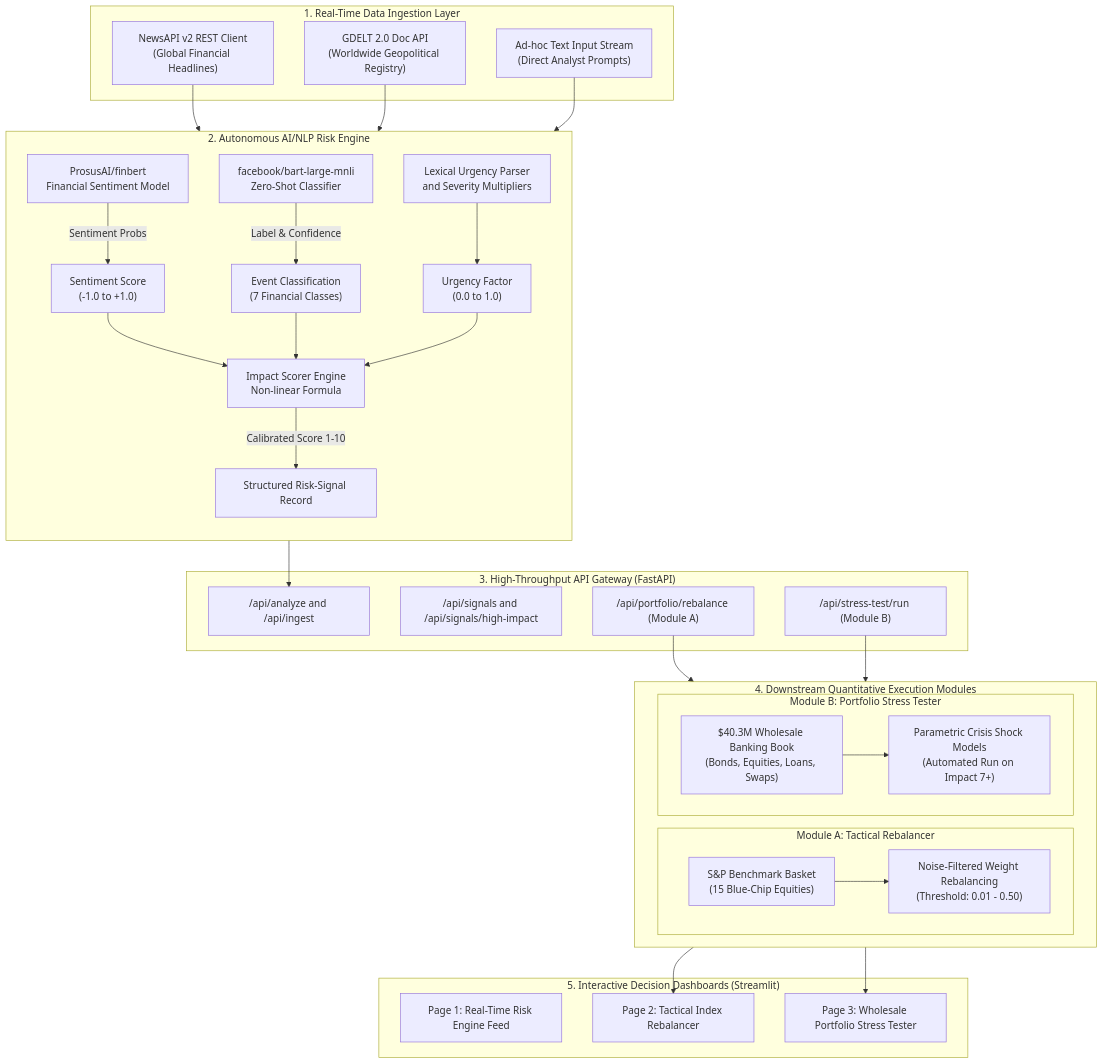
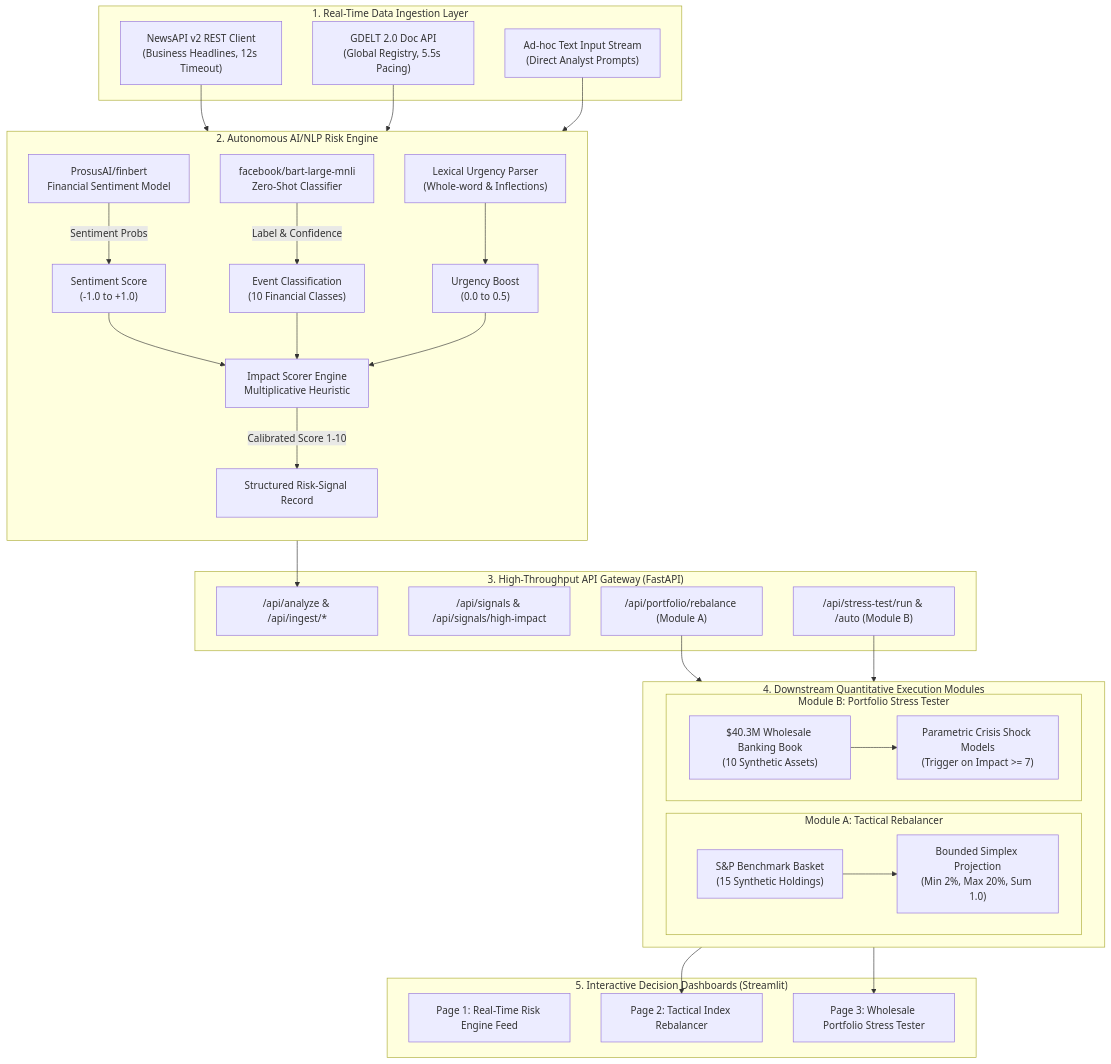
The diagram in README.md (KrishnaKapoor612/Autonomous-AI-NLP-Financial-risk-engine), drawn with Mermaid before and after one commit. The commit also changed other lines of this file and 11 other files, not shown here.

````diff
--- a/README.md
+++ b/README.md
@@ -29,56 +33,56 @@
 ```mermaid
 flowchart TB
     subgraph Layer1["1. Real-Time Data Ingestion Layer"]
-        A1["NewsAPI v2 REST Client<br/>(Global Financial Headlines)"]
-        A2["GDELT 2.0 Doc API<br/>(Worldwide Geopolitical Registry)"]
+        A1["NewsAPI v2 REST Client<br/>(Business Headlines, 12s Timeout)"]
+        A2["GDELT 2.0 Doc API<br/>(Global Registry, 5.5s Pacing)"]
         A3["Ad-hoc Text Input Stream<br/>(Direct Analyst Prompts)"]
     end
 
     subgraph Layer2["2. Autonomous AI/NLP Risk Engine"]
         direction TB
         B1["ProsusAI/finbert<br/>Financial Sentiment Model"] -->|Sentiment Probs| B4["Sentiment Score<br/>(-1.0 to +1.0)"]
-        B2["facebook/bart-large-mnli<br/>Zero-Shot Classifier"] -->|Label & Confidence| B5["Event Classification<br/>(7 Financial Classes)"]
-        B3["Lexical Urgency Parser<br/>and Severity Multipliers"] --> B6["Urgency Factor<br/>(0.0 to 1.0)"]
+        B2["facebook/bart-large-mnli<br/>Zero-Shot Classifier"] -->|Label & Confidence| B5["Event Classification<br/>(10 Financial Classes)"]
+        B3["Lexical Urgency Parser<br/>(Whole-word & Inflections)"] --> B6["Urgency Boost<br/>(0.0 to 0.5)"]
         
-        B4 --> B7["Impact Scorer Engine<br/>Non-linear Formula"]
+        B4 --> B7["Impact Scorer Engine<br/>Multiplicative Heuristic"]
         B5 --> B7
         B6 --> B7
         B7 -->|Calibrated Score 1-10| B8["Structured Risk-Signal Record"]
     end
 
     subgraph Layer3["3. High-Throughput API Gateway (FastAPI)"]
-        C1["/api/analyze and /api/ingest"]
-        C2["/api/signals and /api/signals/high-impact"]
+        C1["/api/analyze & /api/ingest/*"]
+        C2["/api/signals & /api/signals/high-impact"]
         C3["/api/portfolio/rebalance (Module A)"]
-        C4["/api/stress-test/run (Module B)"]
+        C4["/api/stress-test/run & /auto (Module B)"]
     end
 
     subgraph Layer4["4. Downstream Quantitative Execution Modules"]
         direction LR
         subgraph ModA["Module A: Tactical Rebalancer"]
-            D1["S&P Benchmark Basket<br/>(15 Blue-Chip Equities)"]
-            D2["Noise-Filtered Weight Rebalancing<br/>(Threshold: 0.01 - 0.50)"]
+            D1["S&P Benchmark Basket<br/>(15 Synthetic Holdings)"]
+            D2["Bounded Simplex Projection<br/>(Min 2%, Max 20%, Sum 1.0)"]
             D1 --> D2
         end
         subgraph ModB["Module B: Portfolio Stress Tester"]
-            D3["$40.3M Wholesale Banking Book<br/>(Bonds, Equities, Loans, Swaps)"]
-            D4["Parametric Crisis Shock Models<br/>(Automated Run on Impact 7+)"]
+            D3["$40.3M Wholesale Banking Book<br/>(10 Synthetic Assets)"]
+            D4["Parametric Crisis Shock Models<br/>(Trigger on Impact >= 7)"]
             D3 --> D4
         end
     end
 
     subgraph Layer5["5. Interactive Decision Dashboards (Streamlit)"]
         E1["Page 1: Real-Time Risk Engine Feed"]
         E2["Page 2: Tactical Index Rebalancer"]
         E3["Page 3: Wholesale Portfolio Stress Tester"]
     end
 
     A1 --> B1
     A2 --> B2
     A3 --> B3
     B8 --> C1
     C3 --> D1
     C4 --> D3
     D2 --> E2
     D4 --> E3
 ```
````
